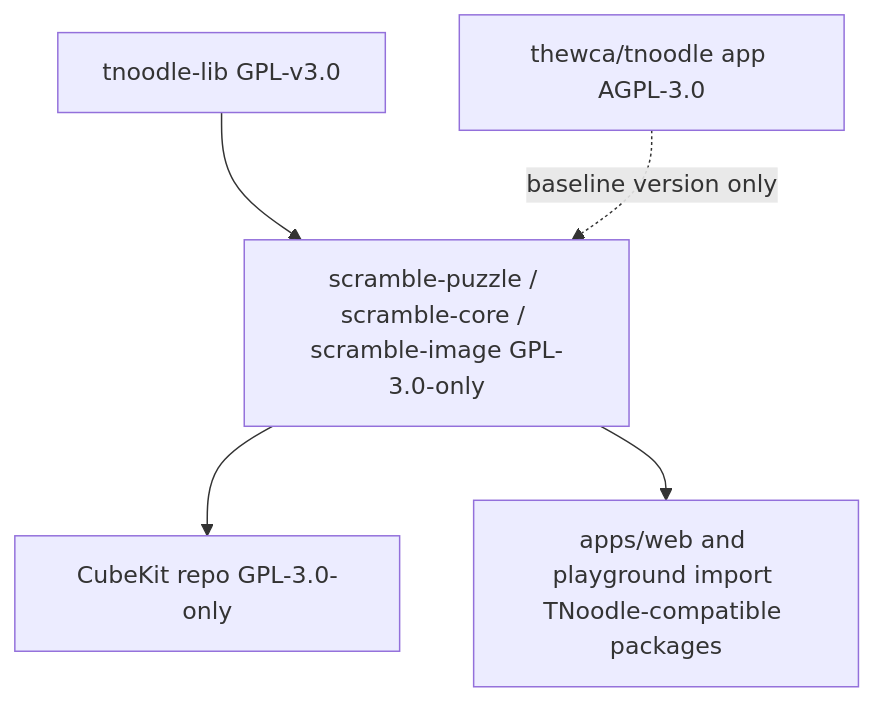
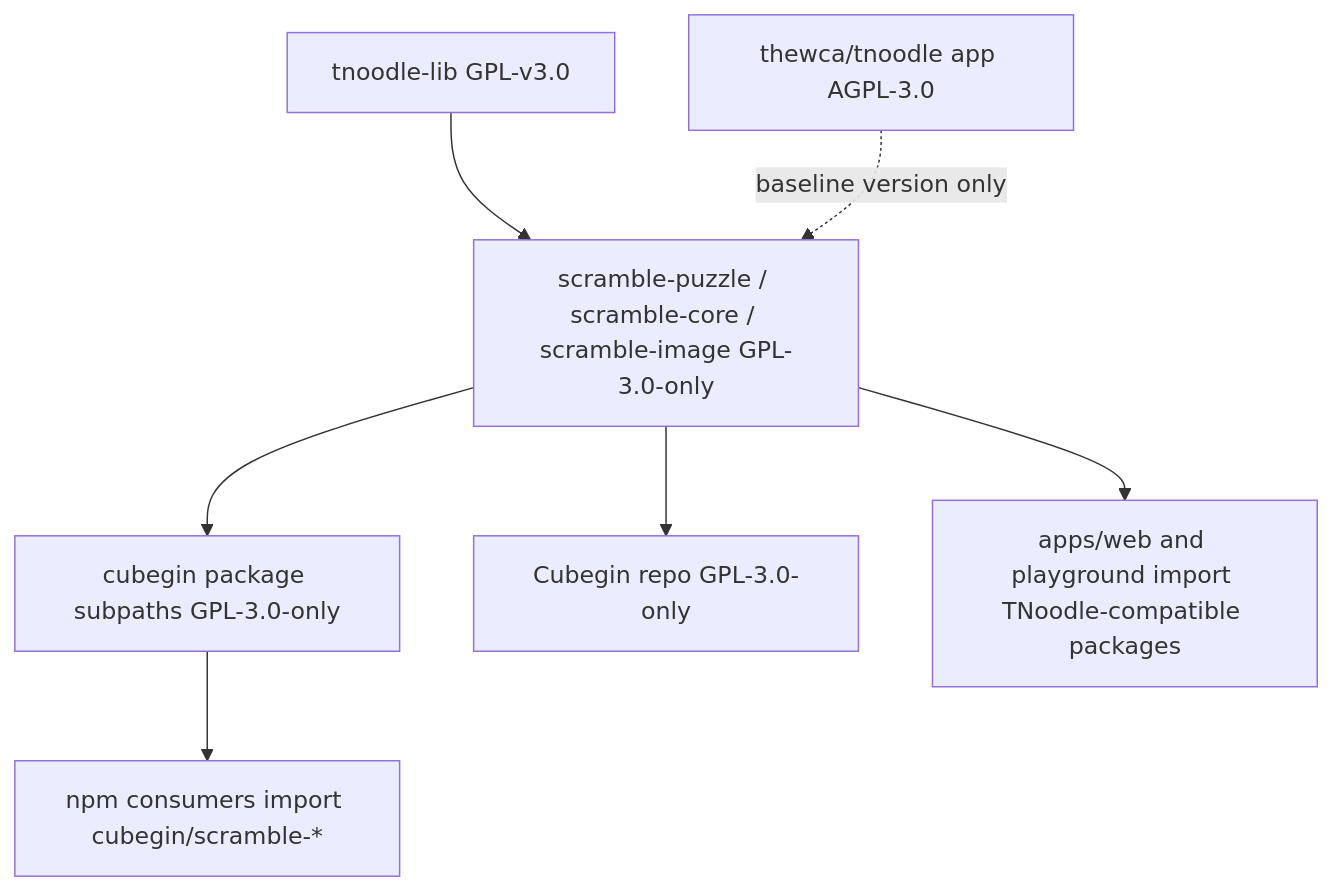
Before and after one commit to deweyou/cube-kit: the diagram in docs/dependency-licensing.md, drawn with Mermaid. The commit also changed other lines of this file and 164 other files, not shown here.

Commit message:
feat: publish cubegin package

````diff
--- a/docs/dependency-licensing.md
+++ b/docs/dependency-licensing.md
@@ -3,8 +3,10 @@
 ```mermaid
 flowchart TD
     TnoodleLib["tnoodle-lib GPL-v3.0"] --> NewPackages["scramble-puzzle / scramble-core / scramble-image GPL-3.0-only"]
+    NewPackages --> PublicPackage["cubegin package subpaths GPL-3.0-only"]
     NewPackages --> RepoLicense
     NewPackages --> Apps["apps/web and playground import TNoodle-compatible packages"]
-    RepoLicense["CubeKit repo GPL-3.0-only"]
+    PublicPackage --> NpmConsumers["npm consumers import cubegin/scramble-*"]
+    RepoLicense["Cubegin repo GPL-3.0-only"]
     TnoodleApp["thewca/tnoodle app AGPL-3.0"] -. "baseline version only" .-> NewPackages
 ```
````
